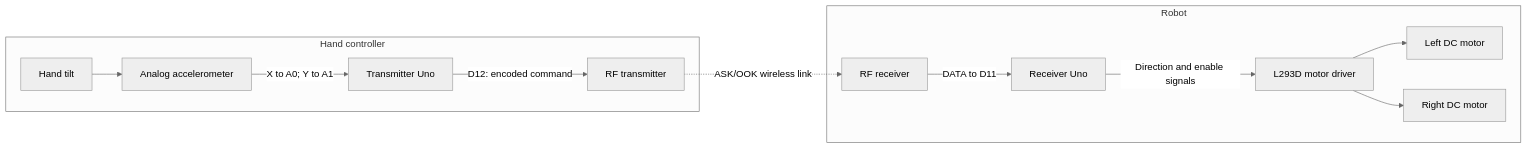
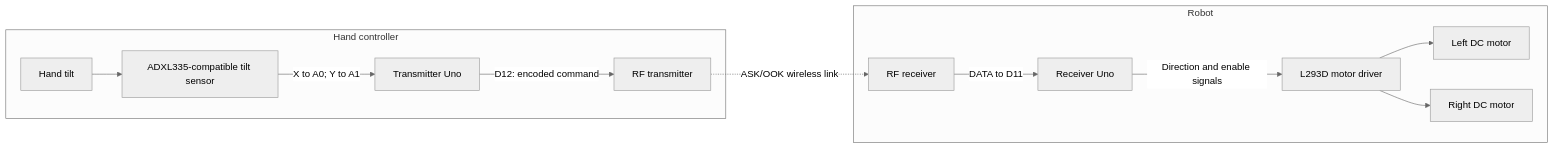
The first of 6 diagrams in README.md (arshi9854/Hand-Gestured-Controlled-Bot), drawn with Mermaid (neutral theme) before and after one commit. The commit also changed other lines of this file and 3 other files, not shown here.

Commit message:
Show tilt sensor and RF connections explicitly in system overview

````diff
--- a/README.md
+++ b/README.md
@@ -11,15 +11,15 @@
 ```mermaid
 flowchart LR
     subgraph HandController["Hand controller"]
-        Hand["Hand tilt"] --> Sensor["Analog accelerometer"]
+        Hand["Hand tilt"] --> Sensor["ADXL335-compatible tilt sensor"]
         Sensor -->|"X to A0; Y to A1"| TXUno["Transmitter Uno"]
         TXUno -->|"D12: encoded command"| TXRadio["RF transmitter"]
     end
     TXRadio -. "ASK/OOK wireless link" .-> RXRadio
     subgraph Robot["Robot"]
         RXRadio["RF receiver"] -->|"DATA to D11"| RXUno["Receiver Uno"]
         RXUno -->|"Direction and enable signals"| Driver["L293D motor driver"]
         Driver --> LeftMotor["Left DC motor"]
         Driver --> RightMotor["Right DC motor"]
     end
 ```
````
